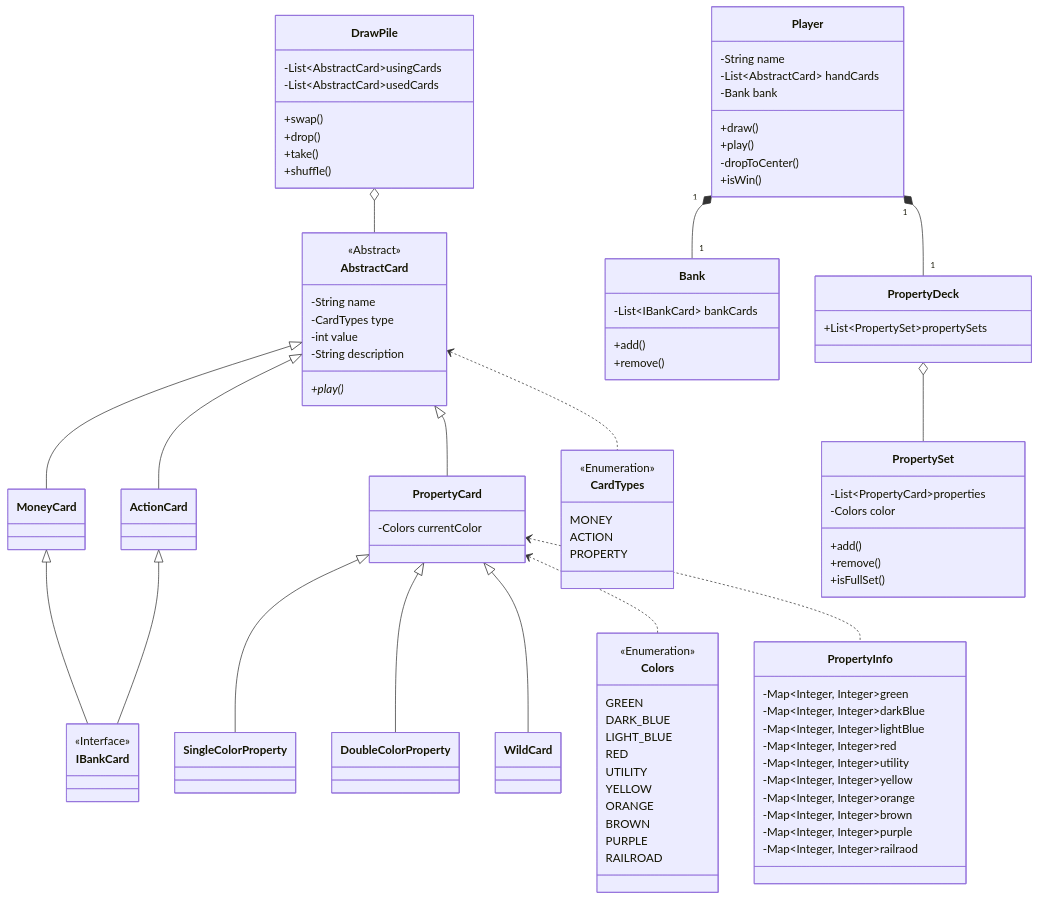
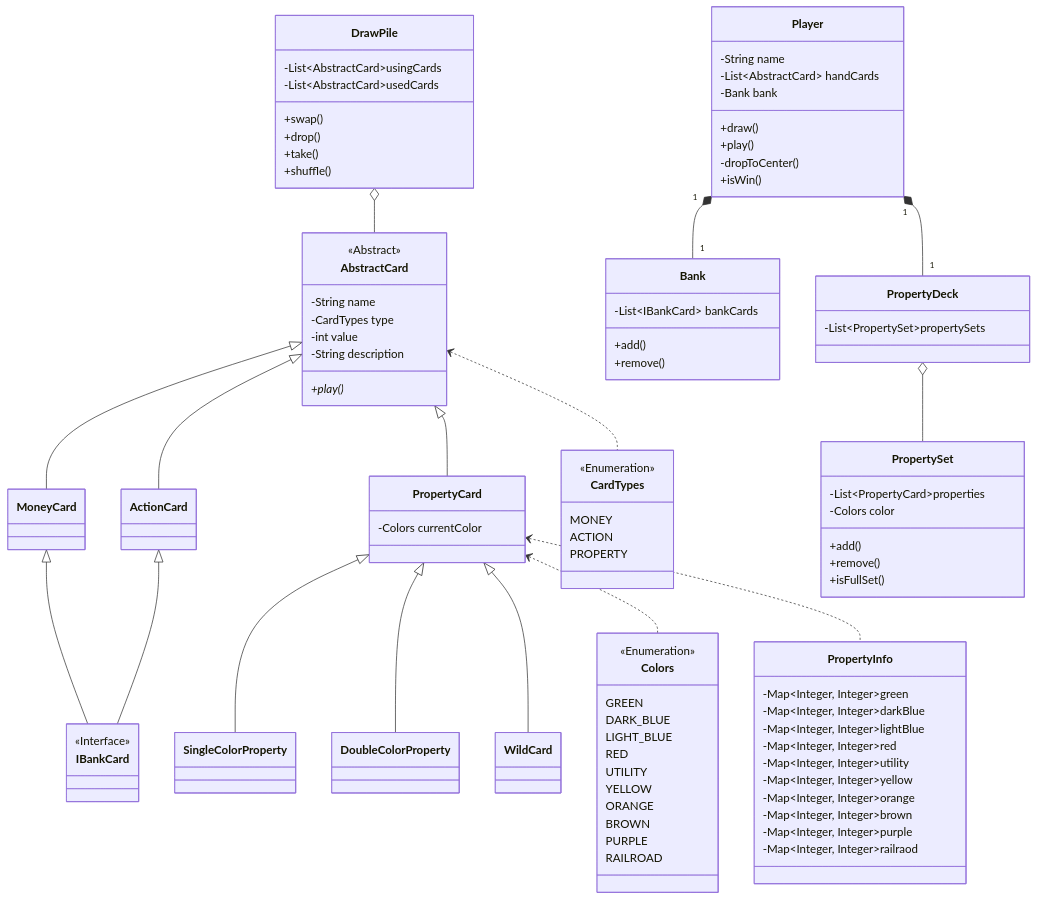
One commit to KelvinQiu802/comp2004 changed the diagram in README.md. Above: the diagram before and after it, drawn with Mermaid.

Commit message:
docs: fix typo

```diff
--- a/README.md
+++ b/README.md
@@ -107,7 +107,7 @@
 	}
 	
 	class PropertyDeck{
-		+List~PropertySet~propertySets
+		-List~PropertySet~propertySets
 	}
 	
 	class PropertySet{
```
